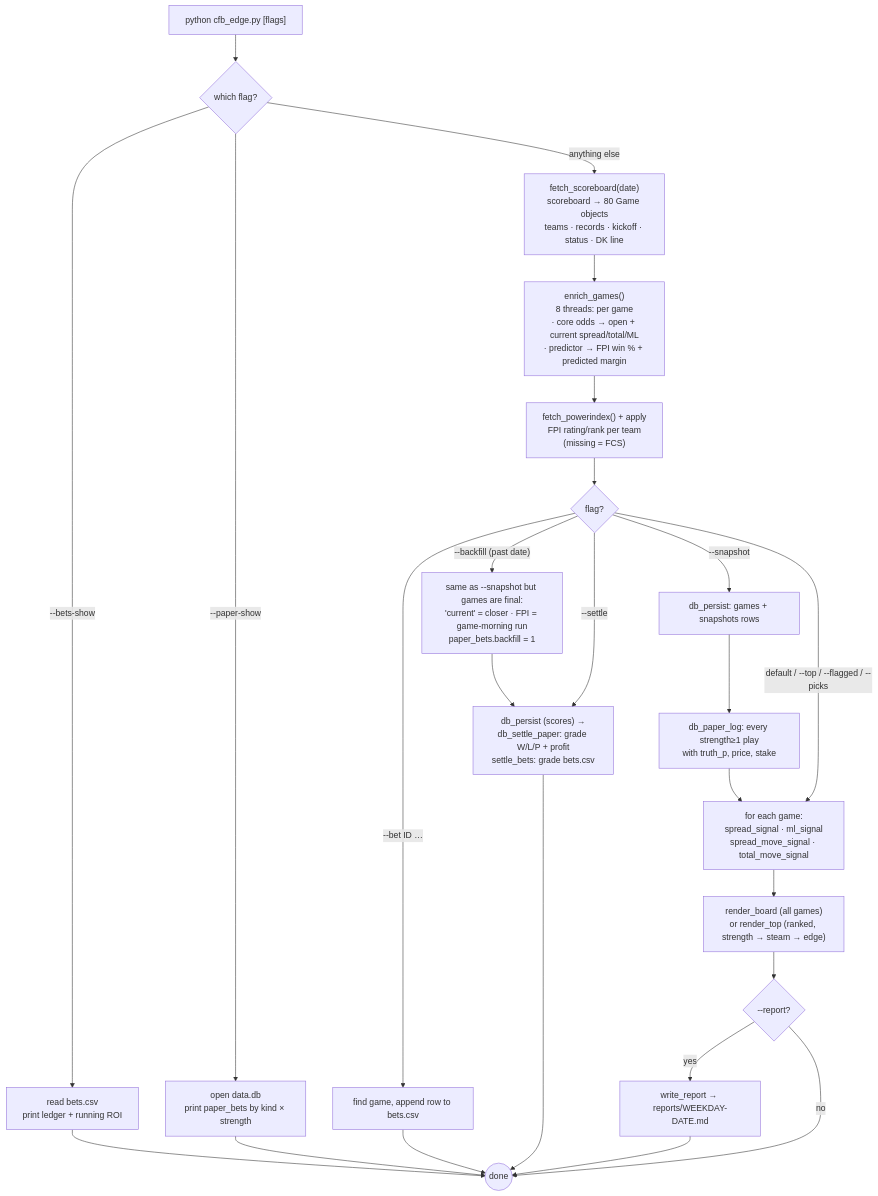
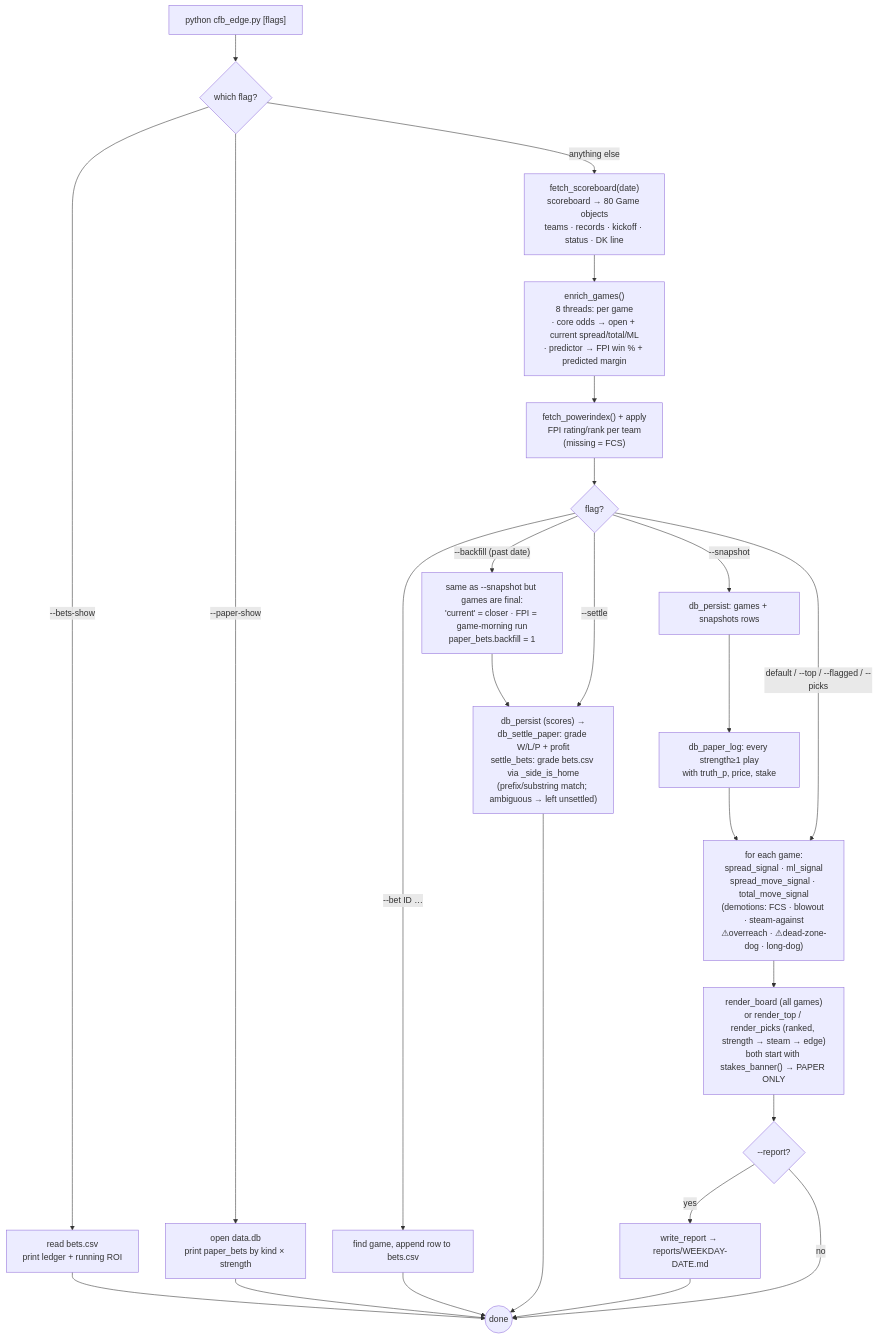
Before and after one commit to wbp318/cfb_pro_soccer_2026: the second of 21 diagrams in README.md, drawn with Mermaid. The commit also changed other lines of this file and 2 other files, not shown here.

First line of the commit message:
README: deep soccer Mermaid detail; audit every diagram

````diff
--- a/README.md
+++ b/README.md
@@ -246,24 +246,24 @@
 ```mermaid
 flowchart TD
     START["python cfb_edge.py [flags]"] --> ARGS{"which flag?"}
 
     ARGS -->|"--bets-show"| BS["read bets.csv\nprint ledger + running ROI"] --> END
     ARGS -->|"--paper-show"| PS["open data.db\nprint paper_bets by kind × strength"] --> END
 
     ARGS -->|"anything else"| F1["fetch_scoreboard(date)\nscoreboard → 80 Game objects\nteams · records · kickoff · status · DK line"]
     F1 --> F2["enrich_games()\n8 threads: per game\n· core odds → open + current spread/total/ML\n· predictor → FPI win % + predicted margin"]
     F2 --> F3["fetch_powerindex() + apply\nFPI rating/rank per team\n(missing = FCS)"]
     F3 --> BRANCH{"flag?"}
 
     BRANCH -->|"--bet ID …"| B1["find game, append row to bets.csv"] --> END
 
     BRANCH -->|"--snapshot"| S1["db_persist: games + snapshots rows"] --> S2["db_paper_log: every strength≥1 play\nwith truth_p, price, stake"] --> RENDER
     BRANCH -->|"--backfill (past date)"| BF["same as --snapshot but games are final:\n'current' = closer · FPI = game-morning run\npaper_bets.backfill = 1"] --> ST
-    BRANCH -->|"--settle"| ST["db_persist (scores) →\ndb_settle_paper: grade W/L/P + profit\nsettle_bets: grade bets.csv"] --> END
+    BRANCH -->|"--settle"| ST["db_persist (scores) →\ndb_settle_paper: grade W/L/P + profit\nsettle_bets: grade bets.csv via _side_is_home\n(prefix/substring match; ambiguous → left unsettled)"] --> END
     BRANCH -->|"default / --top / --flagged / --picks"| RENDER
 
-    RENDER["for each game:\nspread_signal · ml_signal\nspread_move_signal · total_move_signal"] --> R1["render_board (all games)\nor render_top (ranked, strength → steam → edge)"]
+    RENDER["for each game:\nspread_signal · ml_signal\nspread_move_signal · total_move_signal\n(demotions: FCS · blowout · steam-against\n⚠overreach · ⚠dead-zone-dog · long-dog)"] --> R1["render_board (all games)\nor render_top / render_picks (ranked, strength → steam → edge)\nboth start with stakes_banner() → PAPER ONLY"]
     R1 --> REP{"--report?"}
     REP -->|yes| W["write_report → reports/WEEKDAY-DATE.md"] --> END
     REP -->|no| END((done))
 ```
````
